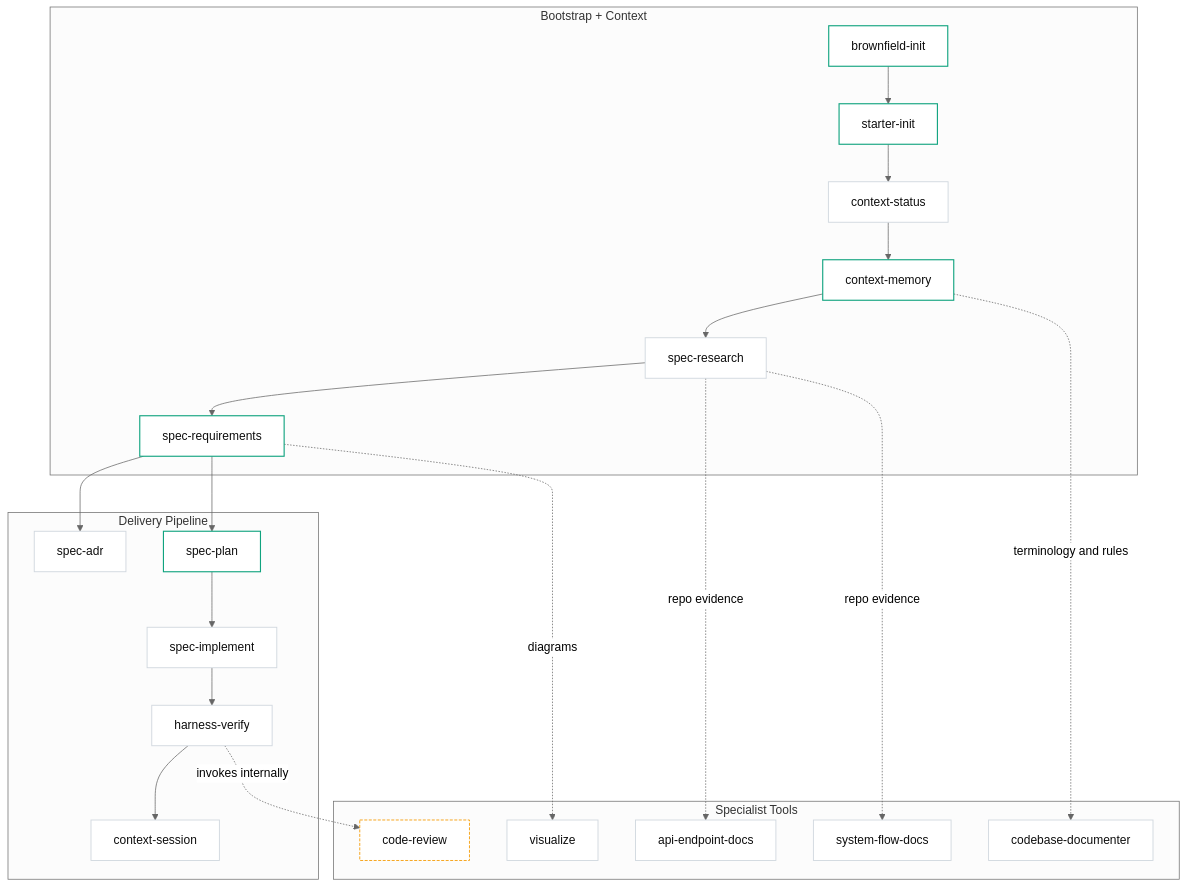
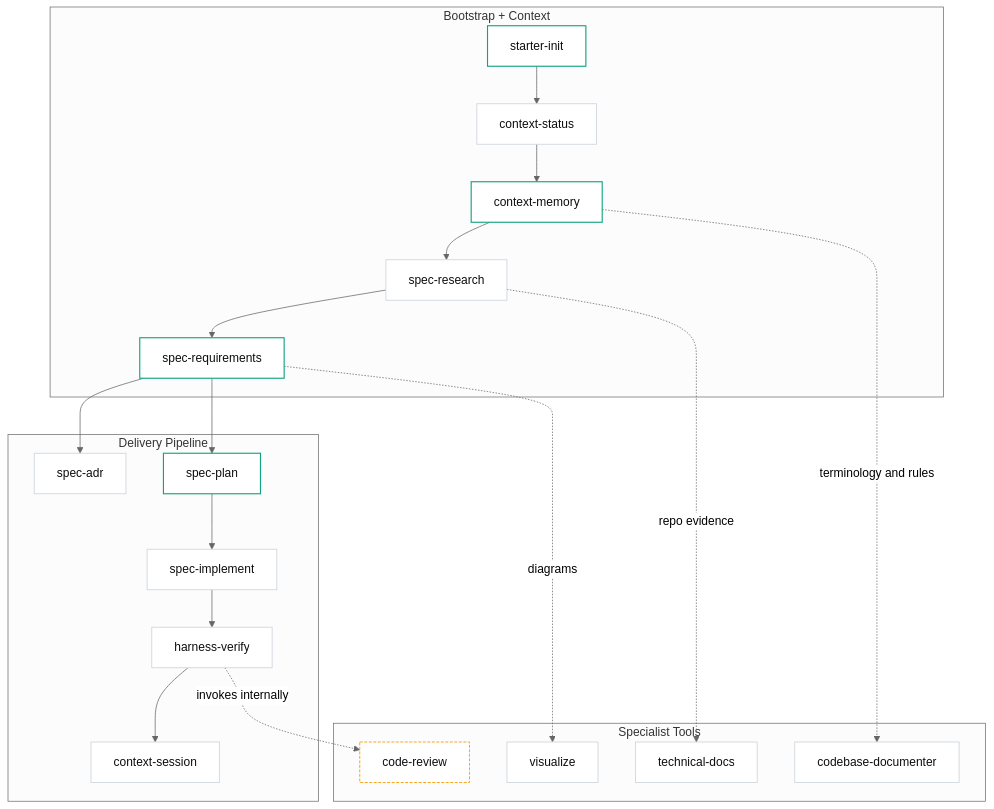
The second of 2 diagrams in documents/architecture.md (thaihai-swe/CoreZero-Nexus), drawn with Mermaid (neutral theme) before and after one commit. The commit also changed other lines of this file and 66 other files, not shown here.

````diff
--- a/documents/architecture.md
+++ b/documents/architecture.md
@@ -260,51 +258,47 @@
 ```mermaid
 flowchart TB
     subgraph OC["Bootstrap + Context"]
-        BROWN["brownfield-init"]
         START["starter-init"]
         STATUS["context-status"]
         MEMORY["context-memory"]
         RESEARCH["spec-research"]
         SPEC["spec-requirements"]
     end
 
     subgraph DP["Delivery Pipeline"]
         ADR["spec-adr"]
         PLAN["spec-plan"]
         IMPL["spec-implement"]
         VERIFY["harness-verify"]
         HAND["context-session"]
     end
 
     subgraph ST["Specialist Tools"]
         VIS["visualize"]
         CR["code-review"]
-        API["api-endpoint-docs"]
-        SYS["system-flow-docs"]
+        TECDOC["technical-docs"]
         CODE["codebase-documenter"]
     end
 
-    BROWN --> START
     START --> STATUS
     STATUS --> MEMORY
     MEMORY --> RESEARCH
     RESEARCH --> SPEC
     SPEC --> ADR
     SPEC --> PLAN
     PLAN --> IMPL
     IMPL --> VERIFY
     VERIFY --> HAND
     VERIFY -. invokes internally .-> CR
 
-    RESEARCH -. repo evidence .-> API
-    RESEARCH -. repo evidence .-> SYS
+    RESEARCH -. repo evidence .-> TECDOC
     MEMORY -. terminology and rules .-> CODE
     SPEC -. diagrams .-> VIS
 
     classDef primary fill:#ffffff,stroke:#10a37f,color:#0d0d0d,stroke-width:1.5px;
     classDef neutral fill:#ffffff,stroke:#d0d7de,color:#0d0d0d,stroke-width:1.2px;
     classDef internal fill:#ffffff,stroke:#f59e0b,color:#0d0d0d,stroke-width:1.2px,stroke-dasharray:4 2;
-    class BROWN,START,MEMORY,SPEC,PLAN primary;
-    class STATUS,RESEARCH,ADR,IMPL,VERIFY,HAND,VIS,API,SYS,CODE neutral;
+    class START,MEMORY,SPEC,PLAN primary;
+    class STATUS,RESEARCH,ADR,IMPL,VERIFY,HAND,VIS,TECDOC,CODE neutral;
     class CR internal;
 ```
````
